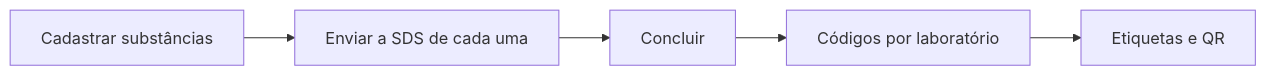
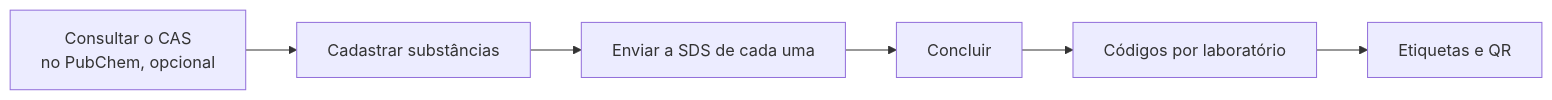
One commit to pivma-bracvam/pivma-back changed the diagram in manual/guias/definir-amostras-cegas.md. Above: the diagram before and after it, drawn with Mermaid. The commit also changed other lines of this file and 71 other files, not shown here.

````diff
--- a/manual/guias/definir-amostras-cegas.md
+++ b/manual/guias/definir-amostras-cegas.md
@@ -8,7 +8,8 @@
 ```mermaid
 flowchart LR
+    Z[Consultar o CAS<br/>no PubChem, opcional] --> A
     A[Cadastrar substâncias] --> B[Enviar a SDS de cada uma]
     B --> C[Concluir]
     C --> D[Códigos por laboratório]
     D --> E[Etiquetas e QR]
 ```
````
